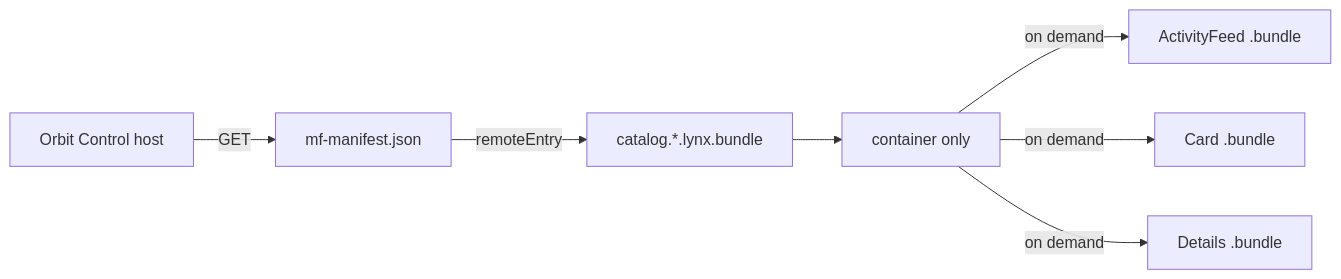
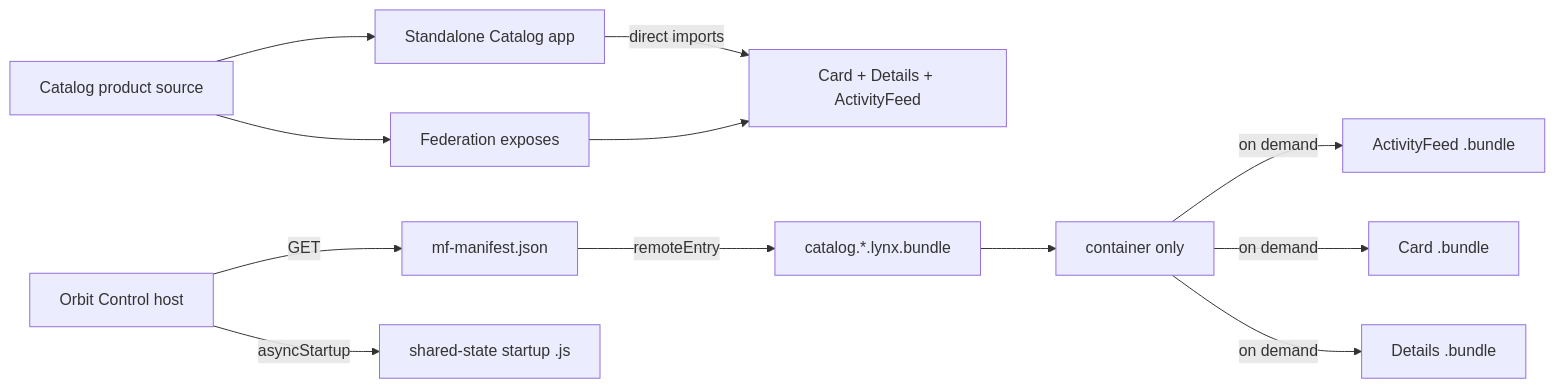
Before and after one commit to module-federation/core: the diagram in apps/lynx-module-federation-demo/README.md, drawn with Mermaid. The commit also changed other lines of this file and 47 other files, not shown here.

Commit message:
feat(lynx): complete standalone federation support

````diff
--- a/apps/lynx-module-federation-demo/README.md
+++ b/apps/lynx-module-federation-demo/README.md
@@ -18,9 +19,14 @@
 ```mermaid
 flowchart LR
-  A["Orbit Control host"] -->|"GET"| M["mf-manifest.json"]
+  S["Catalog product source"] --> A["Standalone Catalog app"]
+  S --> E["Federation exposes"]
+  A -->|"direct imports"| X["Card + Details + ActivityFeed"]
+  E --> X
+  H["Orbit Control host"] -->|"GET"| M["mf-manifest.json"]
+  H -->|"asyncStartup"| T["shared-state startup .js"]
   M -->|"remoteEntry"| C["catalog.*.lynx.bundle"]
-  C --> E["container only"]
-  E -->|"on demand"| F["ActivityFeed .bundle"]
-  E -->|"on demand"| G["Card .bundle"]
-  E -->|"on demand"| H["Details .bundle"]
+  C --> R["container only"]
+  R -->|"on demand"| F["ActivityFeed .bundle"]
+  R -->|"on demand"| G["Card .bundle"]
+  R -->|"on demand"| D["Details .bundle"]
 ```
````
